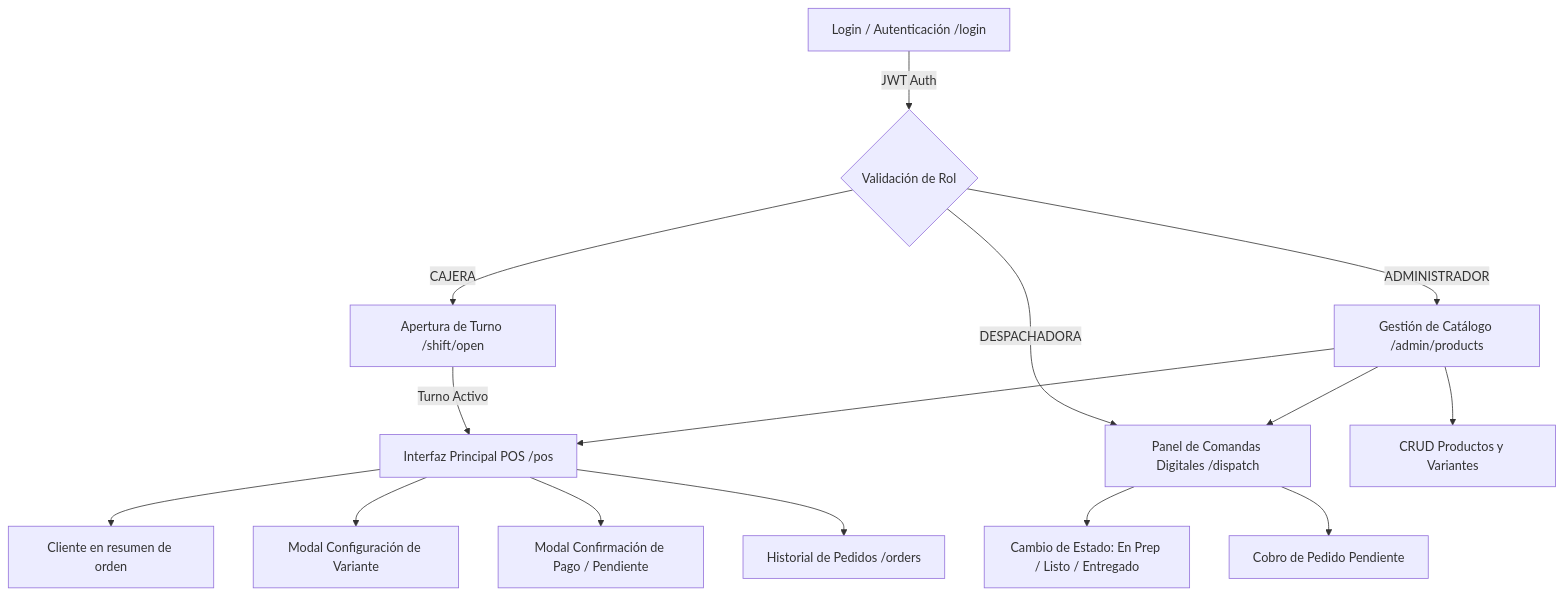
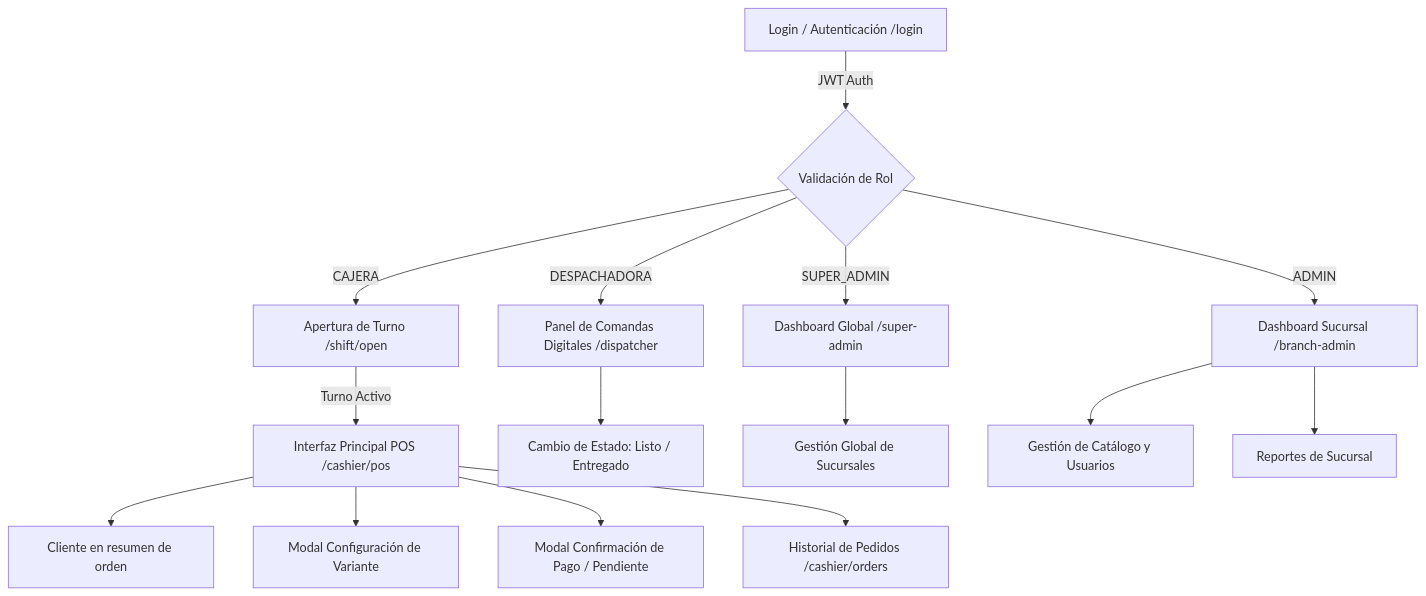
One commit to Santillan-Reyna-Ariel-Angel/wonderchicken-docs changed the diagram in frontend/frontend_interfaces_sprint1.md. Above: the diagram before and after it, drawn with Mermaid. The commit also changed other lines of this file and 1 other file, not shown here.

````diff
--- a/frontend/frontend_interfaces_sprint1.md
+++ b/frontend/frontend_interfaces_sprint1.md
@@ -28,19 +28,19 @@
 ```mermaid
 graph TD
     A[Login / Autenticación /login] -->|JWT Auth| B{Validación de Rol}
-    B -->|CAJERA| C[Apertura de Turno /shift/open]
-    C -->|Turno Activo| D[Interfaz Principal POS /pos]
-    D --> E[Cliente en resumen de orden]
-    D --> F[Modal Configuración de Variante]
-    D --> G[Modal Confirmación de Pago / Pendiente]
-    D --> H[Historial de Pedidos /orders]
+    B -->|SUPER_ADMIN| C[Dashboard Global /super-admin]
+    B -->|ADMIN| D[Dashboard Sucursal /branch-admin]
+    B -->|CAJERA| E[Apertura de Turno /shift/open]
+    E -->|Turno Activo| F[Interfaz Principal POS /cashier/pos]
+    F --> G[Cliente en resumen de orden]
+    F --> H[Modal Configuración de Variante]
+    F --> I[Modal Confirmación de Pago / Pendiente]
+    F --> J[Historial de Pedidos /cashier/orders]
     
-    B -->|DESPACHADORA| I[Panel de Comandas Digitales /dispatch]
-    I --> J[Cambio de Estado: En Prep / Listo / Entregado]
-    I --> K[Cobro de Pedido Pendiente]
+    B -->|DESPACHADORA| K[Panel de Comandas Digitales /dispatcher]
+    K --> L[Cambio de Estado: Listo / Entregado]
     
-    B -->|ADMINISTRADOR| L[Gestión de Catálogo /admin/products]
-    L --> M[CRUD Productos y Variantes]
-    L --> D
-    L --> I
+    C --> M[Gestión Global de Sucursales]
+    D --> N[Gestión de Catálogo y Usuarios]
+    D --> O[Reportes de Sucursal]
 ```
````
